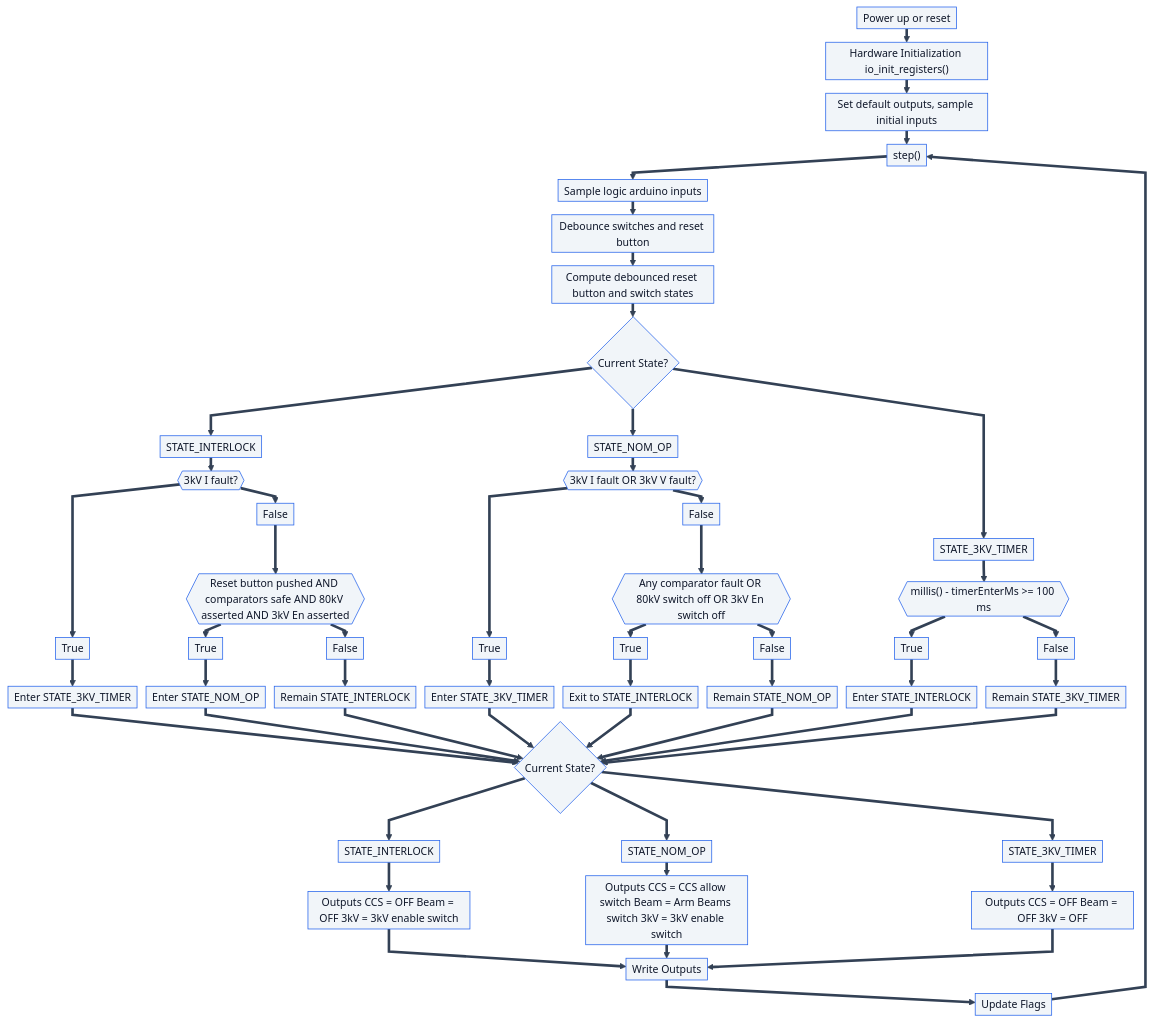
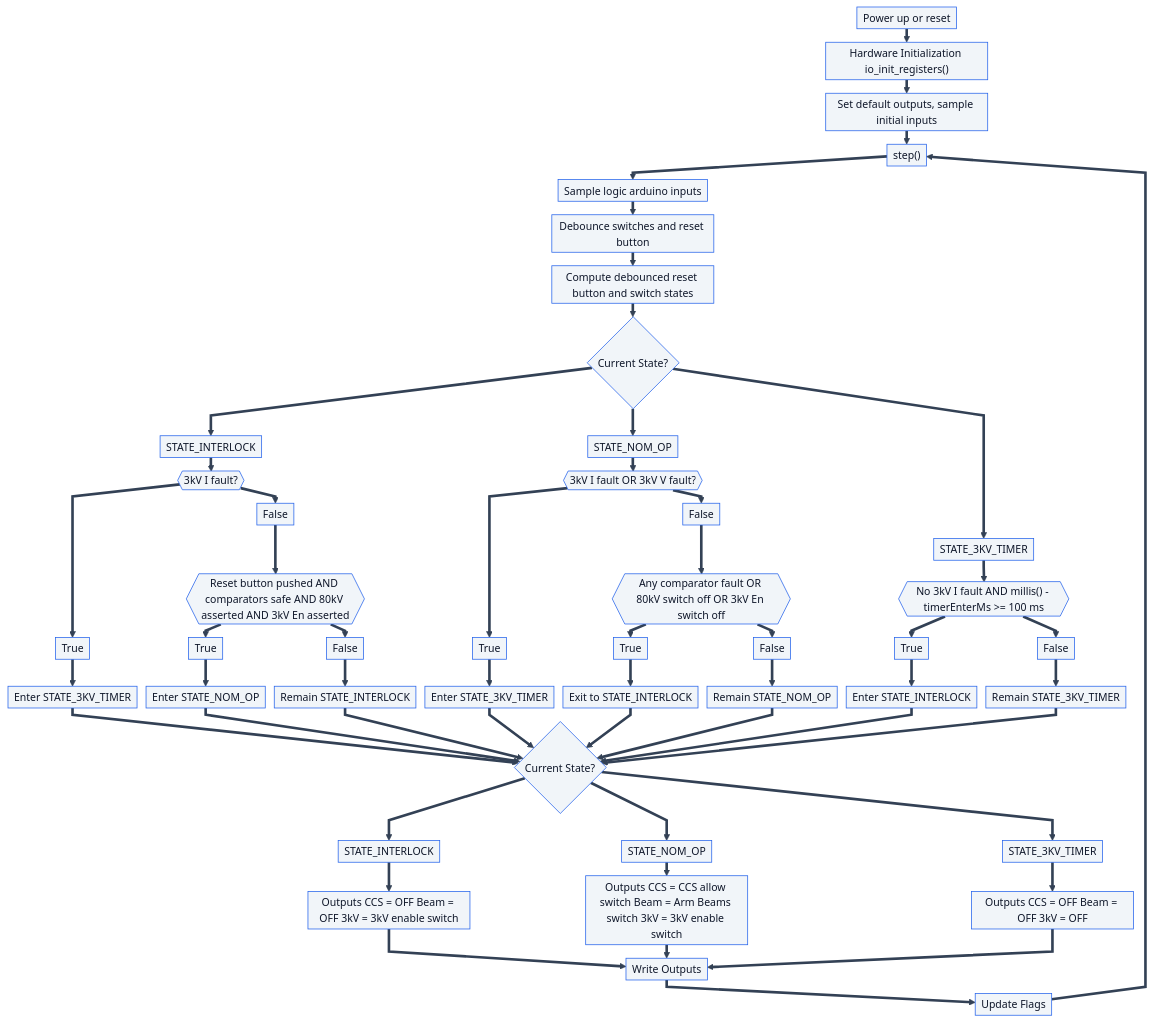
One commit to uw-loci/knob-box changed the diagram in README.md. Above: the diagram before and after it, drawn with Mermaid.

Commit message:
Update README.md to include no 3kv I fault on timer exit

```diff
--- a/README.md
+++ b/README.md
@@ -364,7 +364,7 @@
     N_STAY_N ==> OUT_STATE
 
     STATE ===> TIMER[STATE_3KV_TIMER]
-    TIMER ==> T_EXPIRE{{"millis() - timerEnterMs >= 100 ms"}}
+    TIMER ==> T_EXPIRE{{"No 3kV I fault AND millis() - timerEnterMs >= 100 ms"}}
     T_EXPIRE ==> T_EXP_T[True]
     T_EXPIRE ==> T_EXP_F[False]
     T_EXP_T ===> T_TO_INTERLOCK[Enter STATE_INTERLOCK]
```
